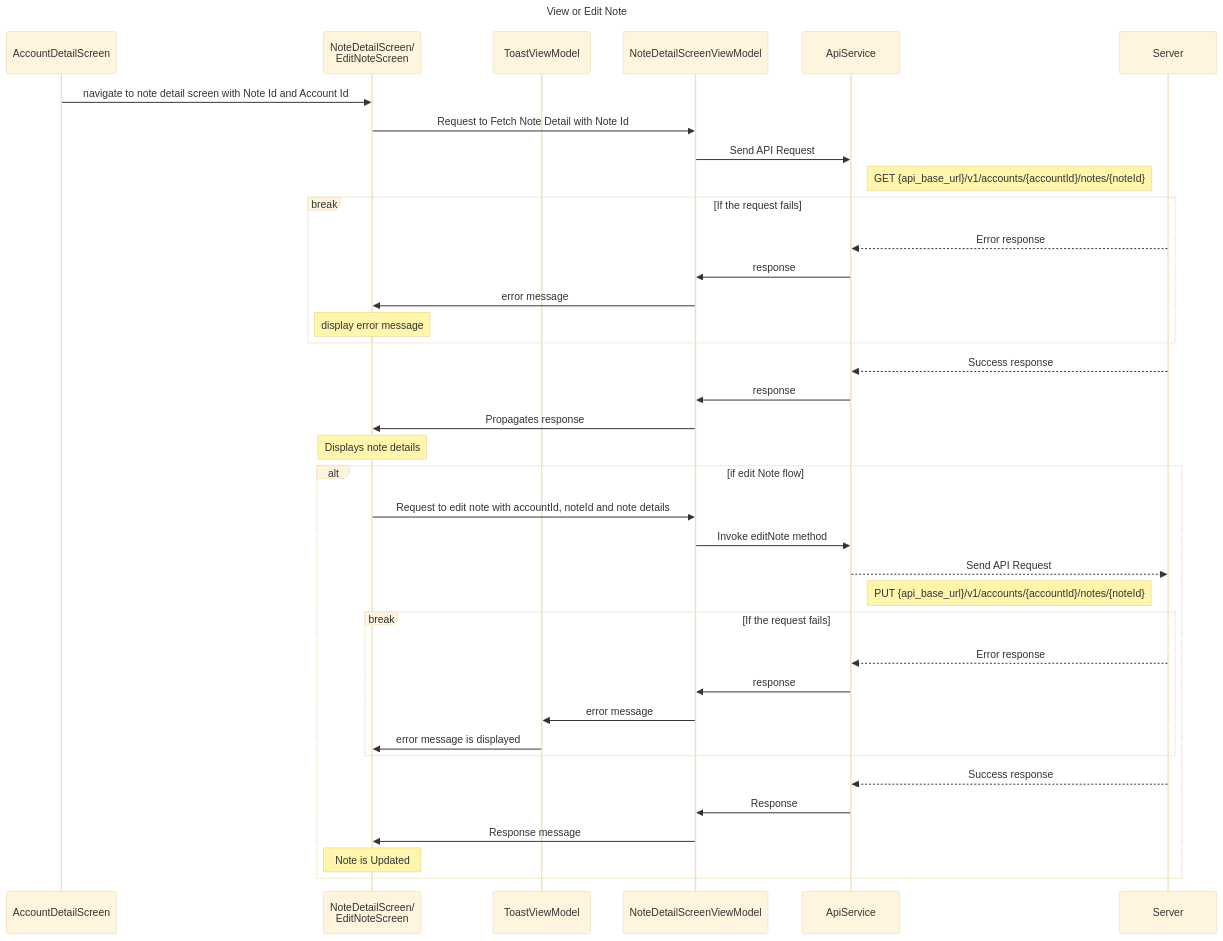
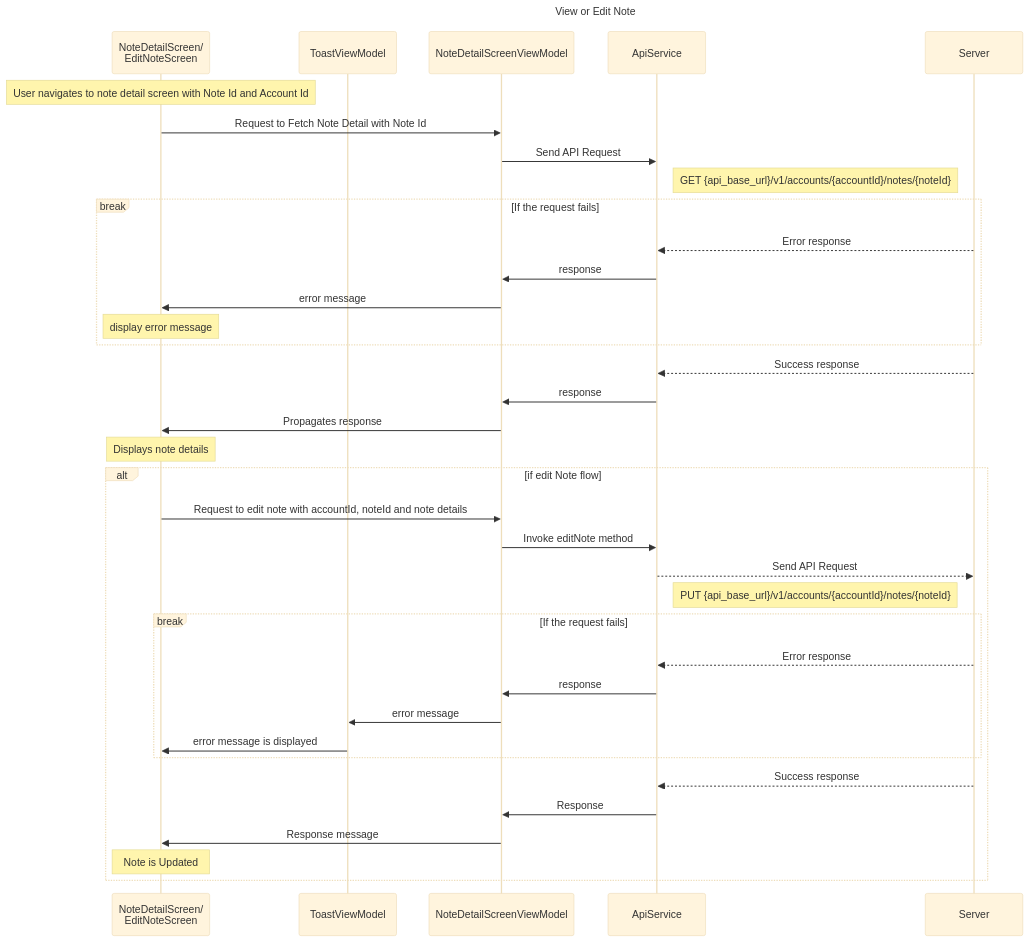
The diagram in flowDiagrams/IOS/NoteDetailScreen.mermaid (TrueSparrowSystems/AI-SalesSparrow-Docs), drawn with Mermaid (base theme) before and after one commit. The commit also changed 3 other files, not shown here.

```diff
--- a/flowDiagrams/IOS/NoteDetailScreen.mermaid
+++ b/flowDiagrams/IOS/NoteDetailScreen.mermaid
@@ -1,45 +1,44 @@
 sequenceDiagram
     title View or Edit Note
 
-    participant ADS as AccountDetailScreen
     participant NDS as NoteDetailScreen/<br>EditNoteScreen
     participant TVM as ToastViewModel
     participant NDSVM as NoteDetailScreenViewModel
     participant AS as ApiService
     participant S as Server
 
-    ADS ->> NDS: navigate to note detail screen with Note Id and Account Id
+        note over NDS: User navigates to note detail screen with Note Id and Account Id
         NDS ->> NDSVM: Request to Fetch Note Detail with Note Id
         NDSVM ->> AS: Send API Request
         note right of AS: GET {api_base_url}/v1/accounts/{accountId}/notes/{noteId}
 
         break If the request fails
             S-->>AS: Error response
             AS->>NDSVM: response
             NDSVM->>NDS: error message
             note over NDS: display error message
         end
 
         S-->>AS: Success response
         AS->>NDSVM: response
         NDSVM->>NDS: Propagates response
         note over NDS: Displays note details
 
     alt if edit Note flow
         NDS->>NDSVM: Request to edit note with accountId, noteId and note details
         NDSVM->>AS: Invoke editNote method
         AS-->>S: Send API Request
         note right of AS: PUT {api_base_url}/v1/accounts/{accountId}/notes/{noteId}
 
         break If the request fails
             S-->>AS: Error response
             AS->>NDSVM: response
             NDSVM->>TVM: error message
             TVM->>NDS: error message is displayed
         end
 
         S-->>AS: Success response
         AS->>NDSVM: Response
         NDSVM->>NDS: Response message
         note over NDS: Note is Updated
     end
```
